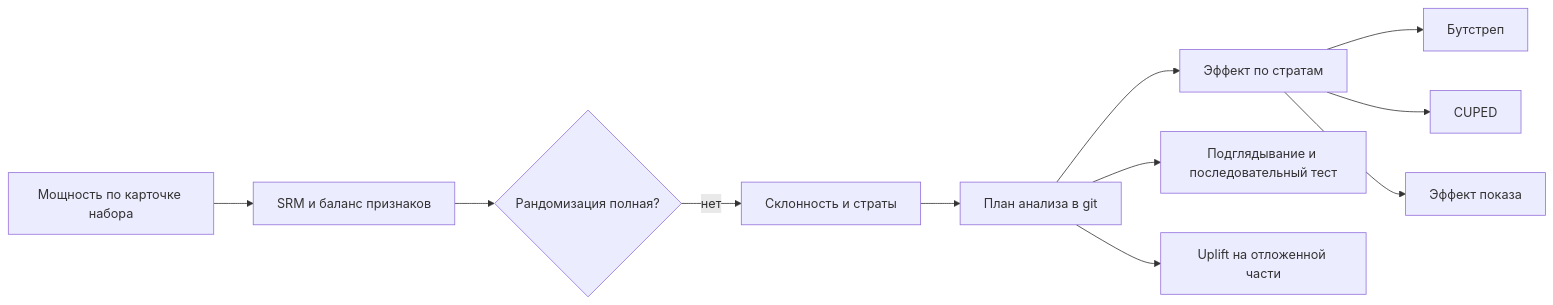
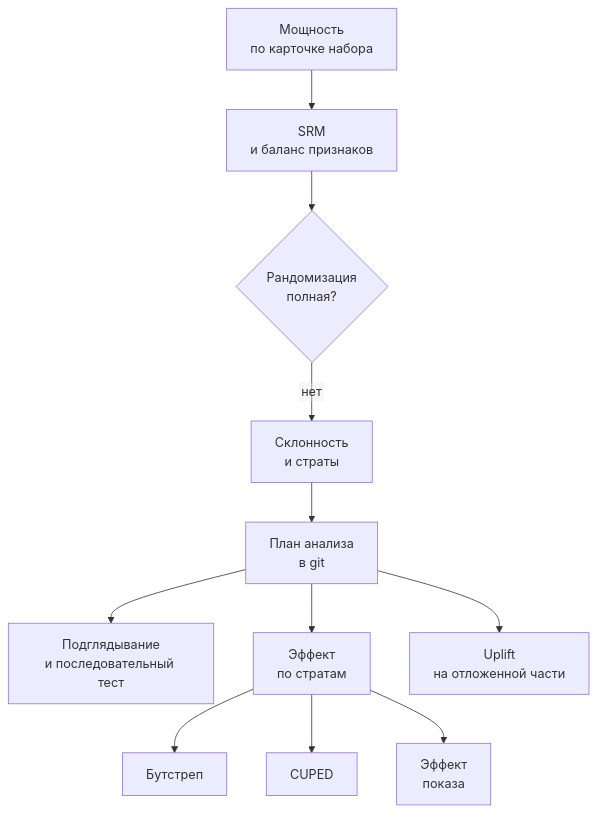
One commit to nata2627/ab-test changed the diagram in README.md. Above: the diagram before and after it, drawn with Mermaid.

Commit message:
README: схема хода анализа сверху вниз, подписи в две строки без обрезки

````diff
--- a/README.md
+++ b/README.md
@@ -7,13 +7,14 @@
 ```mermaid
-flowchart LR
-    A[Мощность по карточке набора] --> B[SRM и баланс признаков]
-    B --> C{Рандомизация полная?}
-    C -- нет --> D[Склонность и страты]
-    D --> P[План анализа в git]
-    P --> E[Эффект по стратам]
-    E --> F[Бутстреп]
-    E --> G[CUPED]
-    E --> H[Эффект показа]
-    P --> I[Подглядывание и последовательный тест]
-    P --> J[Uplift на отложенной части]
+%%{init: {"flowchart": {"htmlLabels": false}}}%%
+flowchart TD
+    A["Мощность<br/>по карточке набора"] --> B["SRM<br/>и баланс признаков"]
+    B --> C{"Рандомизация<br/>полная?"}
+    C -- нет --> D["Склонность<br/>и страты"]
+    D --> P["План анализа<br/>в git"]
+    P --> I["Подглядывание<br/>и последовательный тест"]
+    P --> E["Эффект<br/>по стратам"]
+    P --> J["Uplift<br/>на отложенной части"]
+    E --> F["Бутстреп"]
+    E --> G["CUPED"]
+    E --> H["Эффект<br/>показа"]
 ```
````
